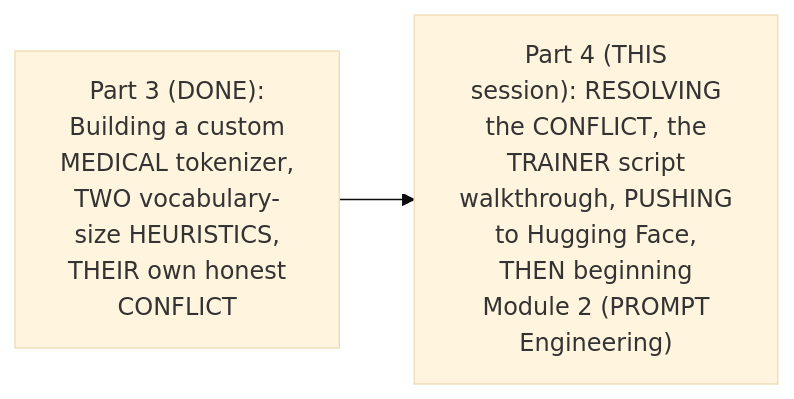
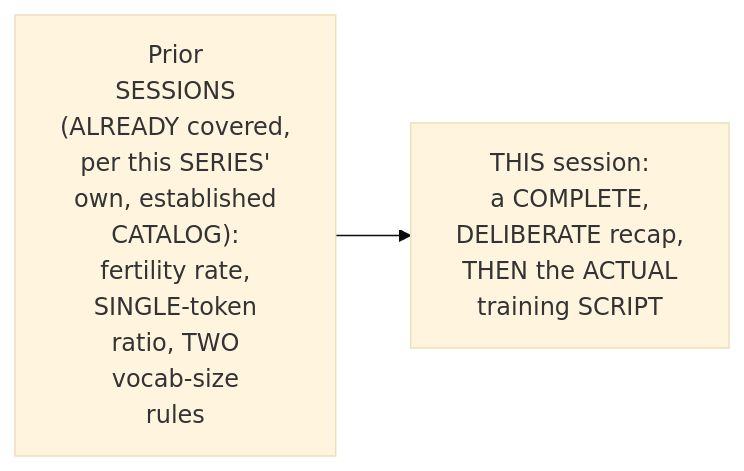
One commit to sanjeevpalla/Notes changed the first of 27 diagrams in LLM Production AI Engineering/1. AI Foundations/2. Tokenization/4. Resolving the Vocabulary-Size Conflict.md. Above: the diagram before and after it, drawn with Mermaid (base theme). The commit also changed other lines of this file and 7 other files, not shown here.

````diff
--- a/LLM Production AI Engineering/1. AI Foundations/2. Tokenization/4. Resolving the Vocabulary-Size Conflict.md
+++ b/LLM Production AI Engineering/1. AI Foundations/2. Tokenization/4. Resolving the Vocabulary-Size Conflict.md
@@ -82,4 +76,4 @@
 ```mermaid
 flowchart LR
-    A["Part 3 (DONE):<br/>Building a custom<br/>MEDICAL tokenizer,<br/>TWO vocabulary-<br/>size HEURISTICS,<br/>THEIR own honest<br/>CONFLICT"] --> B["Part 4 (THIS<br/>session): RESOLVING<br/>the CONFLICT, the<br/>TRAINER script<br/>walkthrough, PUSHING<br/>to Hugging Face,<br/>THEN beginning<br/>Module 2 (PROMPT<br/>Engineering)"]
+    A["Prior<br/>SESSIONS<br/>(ALREADY covered,<br/>per this SERIES'<br/>own, established<br/>CATALOG):<br/>fertility rate,<br/>SINGLE-token<br/>ratio, TWO<br/>vocab-size<br/>rules"] --> B["THIS session:<br/>a COMPLETE,<br/>DELIBERATE recap,<br/>THEN the ACTUAL<br/>training SCRIPT"]
 ```
````
